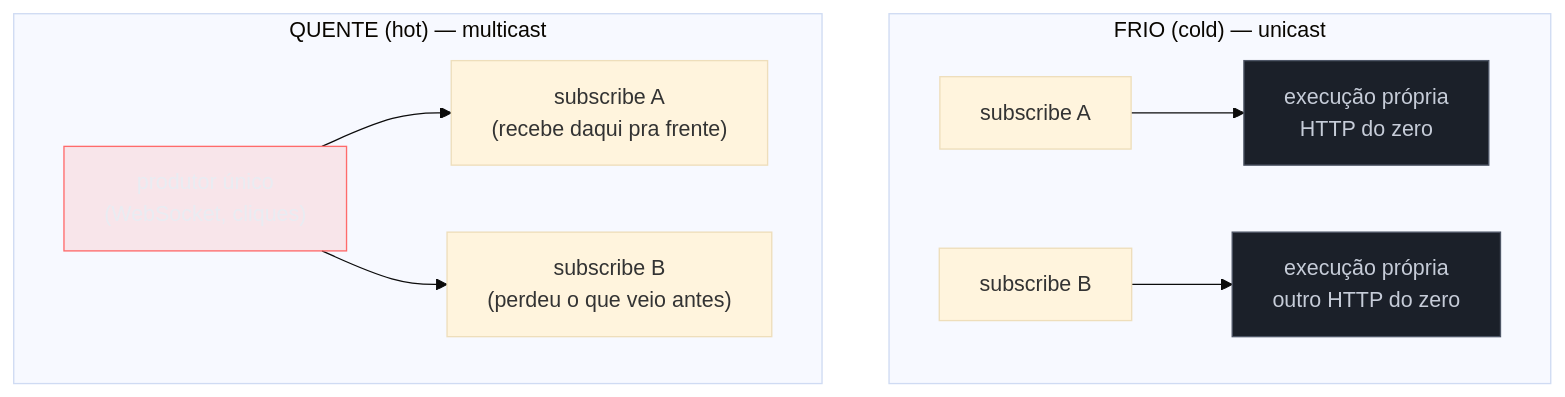
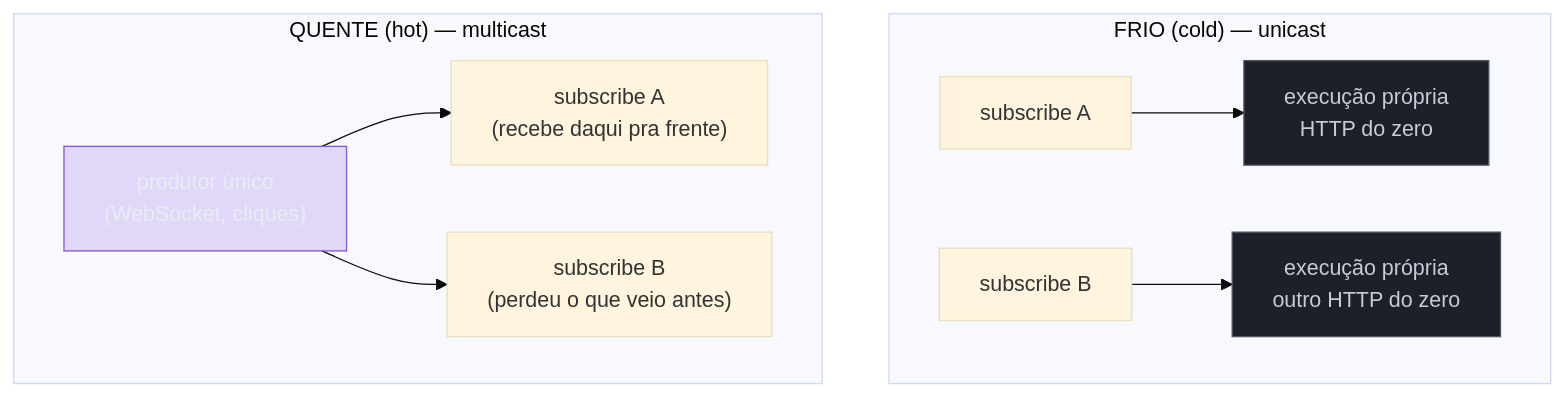
One commit to josenaldo/codex-technomanticus changed the fifth of 7 diagrams in 03-Dominios/Ciência/Paradigmas/12 - Programação reativa e dataflow.md. Above: the diagram before and after it, drawn with Mermaid (base theme). The commit also changed other lines of this file and 601 other files, not shown here.

````diff
--- a/03-Dominios/Ciência/Paradigmas/12 - Programação reativa e dataflow.md
+++ b/03-Dominios/Ciência/Paradigmas/12 - Programação reativa e dataflow.md
@@ -188,17 +188,17 @@
 ```mermaid
 flowchart TB
+    classDef marca fill:#8855DF33,stroke:#8855DF,color:#E9ECF2
     classDef neutro fill:#1B2029,stroke:#4E5666,color:#C6CCD8
-    classDef falha fill:#FF6B6B24,stroke:#FF6B6B,color:#E9ECF2
     subgraph COLD["FRIO (cold) — unicast"]
         CS1["subscribe A"] --> CE1["execução própria<br/>HTTP do zero"]
         CS2["subscribe B"] --> CE2["execução própria<br/>outro HTTP do zero"]
     end
     subgraph HOT["QUENTE (hot) — multicast"]
         HP["produtor único<br/>(WebSocket, cliques)"]
         HP --> HS1["subscribe A<br/>(recebe daqui pra frente)"]
         HP --> HS2["subscribe B<br/>(perdeu o que veio antes)"]
     end
     class CE1 neutro
     class CE2 neutro
-    class HP falha
+    class HP marca
 ```
````
